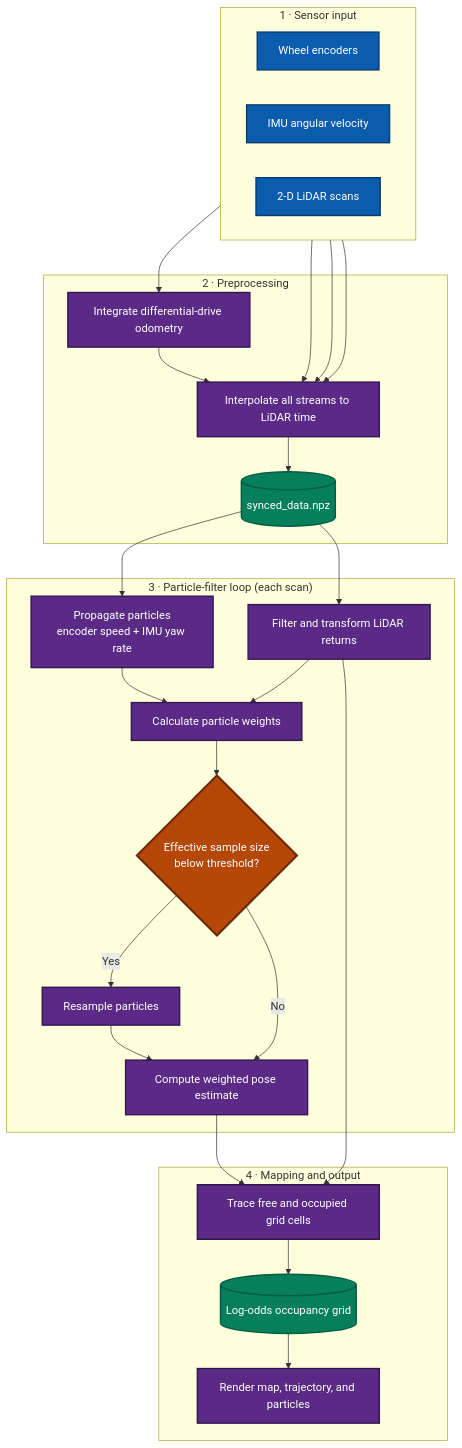
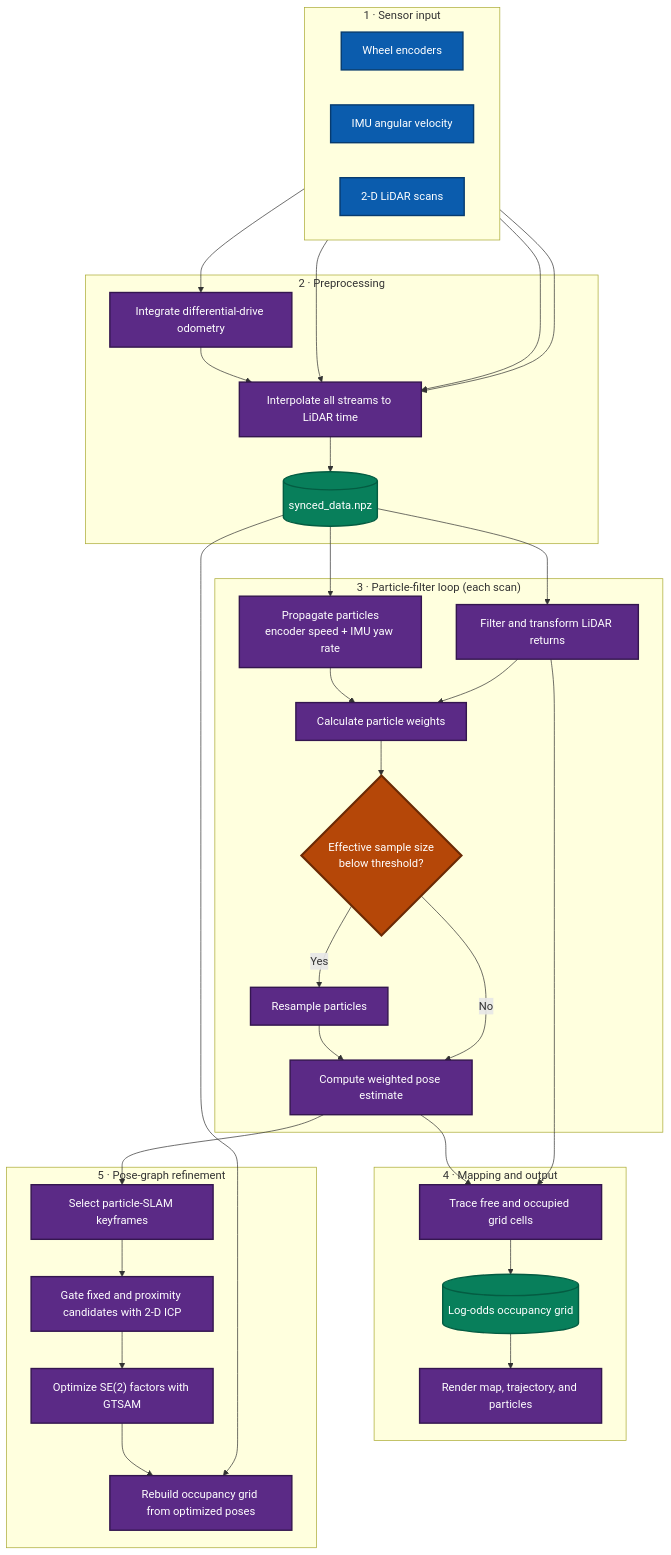
Before and after one commit to hdoh-ucsd/particleSLAM: the diagram in README.md, drawn with Mermaid. The commit also changed other lines of this file and 12 other files, not shown here.

Commit message:
feat: add SLAM validation and pose graph pipeline

````diff
--- a/README.md
+++ b/README.md
@@ -10,56 +10,66 @@
 ```mermaid
 flowchart TB
     subgraph INPUT["1 · Sensor input"]
         direction LR
         ENC["Wheel encoders"]
         IMU["IMU angular velocity"]
         LIDAR["2-D LiDAR scans"]
     end
 
     subgraph PREP["2 · Preprocessing"]
         ODOM["Integrate differential-drive odometry"]
         SYNC["Interpolate all streams to LiDAR time"]
         DATA[("synced_data.npz")]
         ODOM --> SYNC --> DATA
     end
 
     subgraph SLAM["3 · Particle-filter loop (each scan)"]
         MOTION["Propagate particles<br/>encoder speed + IMU yaw rate"]
         SCAN["Filter and transform LiDAR returns"]
         WEIGHT["Calculate particle weights"]
         NEFF{"Effective sample size<br/>below threshold?"}
         RESAMPLE["Resample particles"]
         POSE["Compute weighted pose estimate"]
 
         MOTION --> WEIGHT
         SCAN --> WEIGHT
         WEIGHT --> NEFF
         NEFF -->|Yes| RESAMPLE --> POSE
         NEFF -->|No| POSE
     end
 
     subgraph OUTPUT["4 · Mapping and output"]
         RAYS["Trace free and occupied grid cells"]
         GRID[("Log-odds occupancy grid")]
         RESULT["Render map, trajectory, and particles"]
         RAYS --> GRID --> RESULT
     end
 
+    subgraph GRAPH["5 · Pose-graph refinement"]
+        KEYFRAMES["Select particle-SLAM keyframes"]
+        ICP["Gate fixed and proximity candidates with 2-D ICP"]
+        GTSAM["Optimize SE(2) factors with GTSAM"]
+        REBUILD["Rebuild occupancy grid from optimized poses"]
+        KEYFRAMES --> ICP --> GTSAM --> REBUILD
+    end
+
     ENC --> ODOM
     ENC --> SYNC
     IMU --> SYNC
     LIDAR --> SYNC
     DATA --> MOTION
     DATA --> SCAN
     POSE --> RAYS
     SCAN --> RAYS
+    POSE --> KEYFRAMES
+    DATA --> REBUILD
 
     classDef source fill:#0b5cad,stroke:#073b6f,color:#fff,stroke-width:2px;
     classDef process fill:#5b2a86,stroke:#34164f,color:#fff,stroke-width:2px;
     classDef decision fill:#b54708,stroke:#6b2a05,color:#fff,stroke-width:3px;
     classDef artifact fill:#087f5b,stroke:#045c42,color:#fff,stroke-width:2px;
     class ENC,IMU,LIDAR source;
-    class ODOM,SYNC,MOTION,SCAN,WEIGHT,RESAMPLE,POSE,RAYS,RESULT process;
+    class ODOM,SYNC,MOTION,SCAN,WEIGHT,RESAMPLE,POSE,RAYS,RESULT,KEYFRAMES,ICP,GTSAM,REBUILD process;
     class NEFF decision;
     class DATA,GRID artifact;
 ```
````
